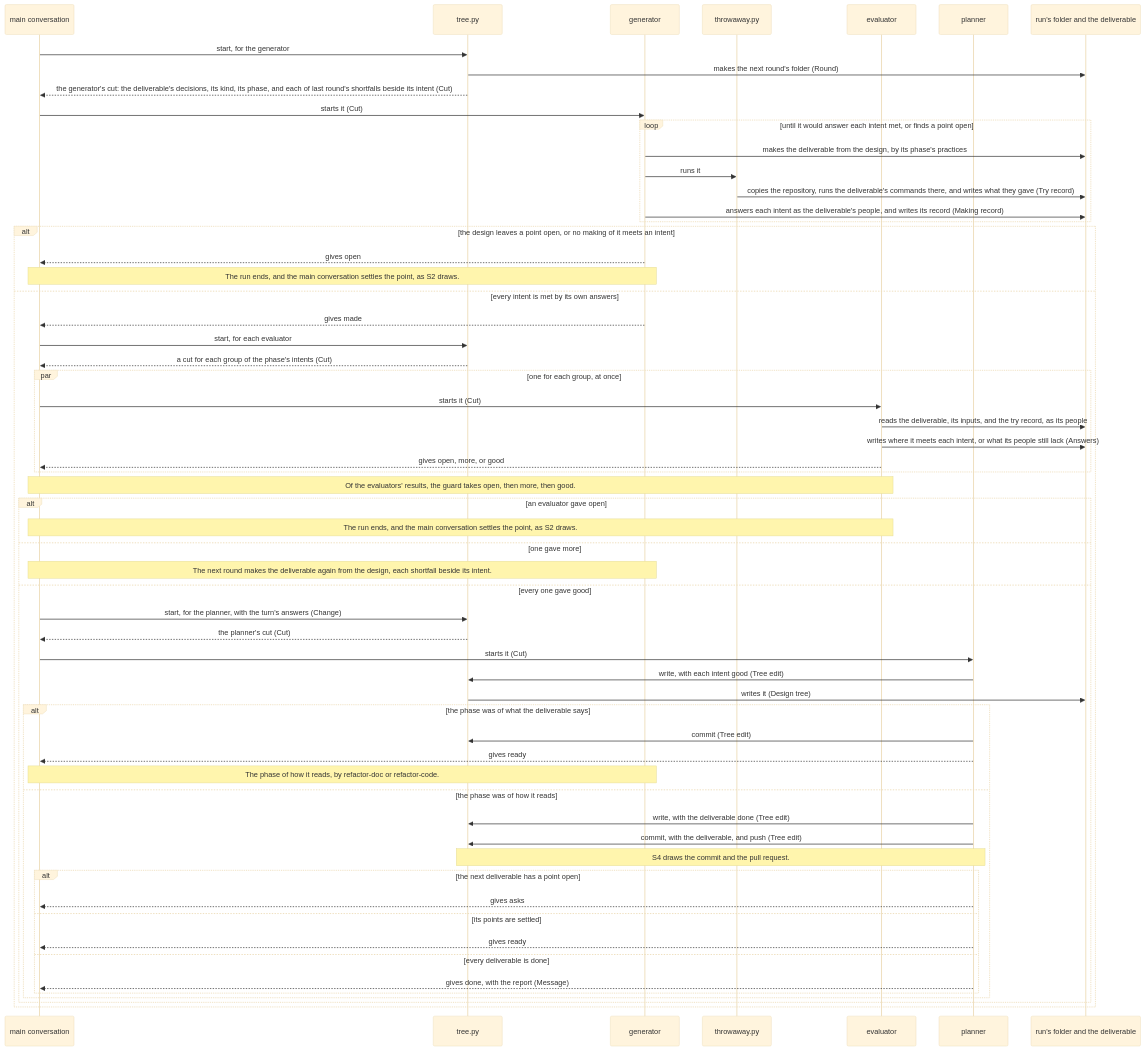
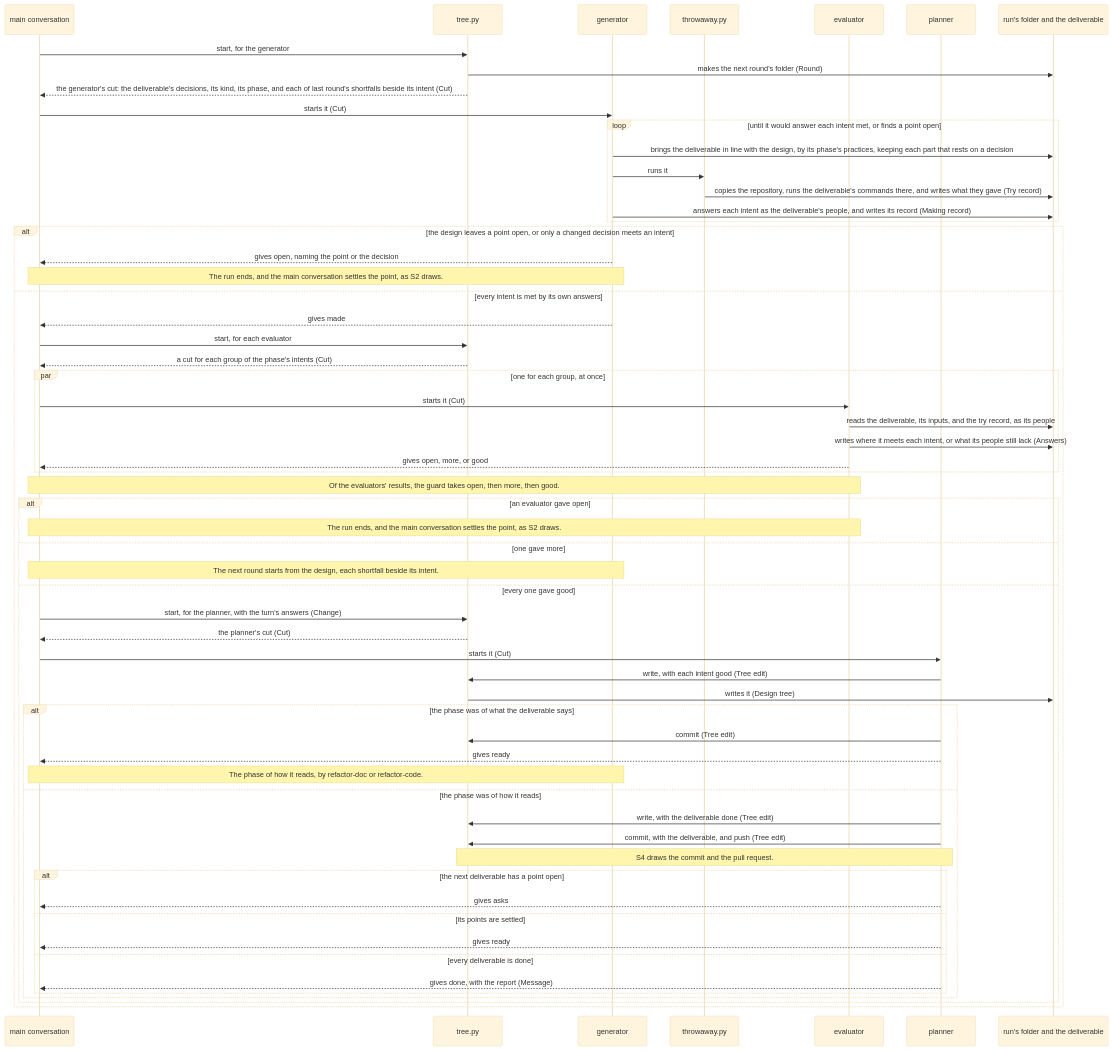
Before and after one commit to lovaizu/ccpm: the third of 6 diagrams in dev/rn/architecture.md, drawn with Mermaid (base theme). The commit also changed other lines of this file and 3 other files, not shown here.

````diff
--- a/dev/rn/architecture.md
+++ b/dev/rn/architecture.md
@@ -398,62 +416,62 @@
 ```mermaid
 sequenceDiagram
   participant M as main conversation
   participant T as tree.py
   participant G as generator
   participant W as throwaway.py
   participant E as evaluator
   participant P as planner
   participant R as run's folder and the deliverable
   M->>T: start, for the generator
   T->>R: makes the next round's folder (Round)
   T-->>M: the generator's cut: the deliverable's decisions, its kind, its phase, and each of last round's shortfalls beside its intent (Cut)
   M->>G: starts it (Cut)
   loop until it would answer each intent met, or finds a point open
-    G->>R: makes the deliverable from the design, by its phase's practices
+    G->>R: brings the deliverable in line with the design, by its phase's practices, keeping each part that rests on a decision
     G->>W: runs it
     W->>R: copies the repository, runs the deliverable's commands there, and writes what they gave (Try record)
     G->>R: answers each intent as the deliverable's people, and writes its record (Making record)
   end
-  alt the design leaves a point open, or no making of it meets an intent
-    G-->>M: gives open
+  alt the design leaves a point open, or only a changed decision meets an intent
+    G-->>M: gives open, naming the point or the decision
     Note over M,G: The run ends, and the main conversation settles the point, as S2 draws.
   else every intent is met by its own answers
     G-->>M: gives made
     M->>T: start, for each evaluator
     T-->>M: a cut for each group of the phase's intents (Cut)
     par one for each group, at once
       M->>E: starts it (Cut)
       E->>R: reads the deliverable, its inputs, and the try record, as its people
       E->>R: writes where it meets each intent, or what its people still lack (Answers)
       E-->>M: gives open, more, or good
     end
     Note over M,E: Of the evaluators' results, the guard takes open, then more, then good.
     alt an evaluator gave open
       Note over M,E: The run ends, and the main conversation settles the point, as S2 draws.
     else one gave more
-      Note over M,G: The next round makes the deliverable again from the design, each shortfall beside its intent.
+      Note over M,G: The next round starts from the design, each shortfall beside its intent.
     else every one gave good
       M->>T: start, for the planner, with the turn's answers (Change)
       T-->>M: the planner's cut (Cut)
       M->>P: starts it (Cut)
       P->>T: write, with each intent good (Tree edit)
       T->>R: writes it (Design tree)
       alt the phase was of what the deliverable says
         P->>T: commit (Tree edit)
         P-->>M: gives ready
         Note over M,G: The phase of how it reads, by refactor-doc or refactor-code.
       else the phase was of how it reads
         P->>T: write, with the deliverable done (Tree edit)
         P->>T: commit, with the deliverable, and push (Tree edit)
         Note over P,T: S4 draws the commit and the pull request.
         alt the next deliverable has a point open
           P-->>M: gives asks
         else its points are settled
           P-->>M: gives ready
         else every deliverable is done
           P-->>M: gives done, with the report (Message)
         end
       end
     end
   end
 ```
````
